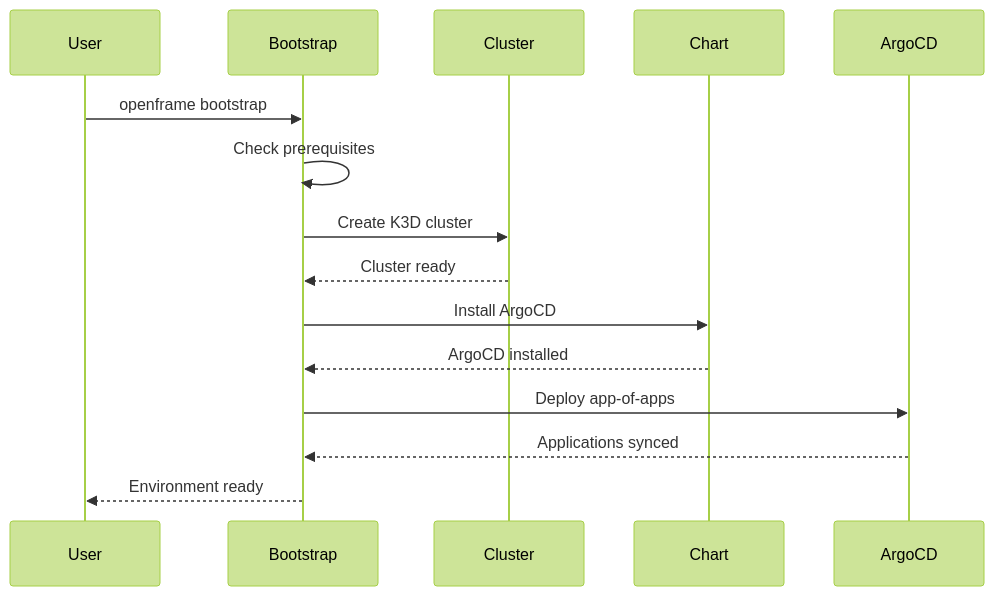
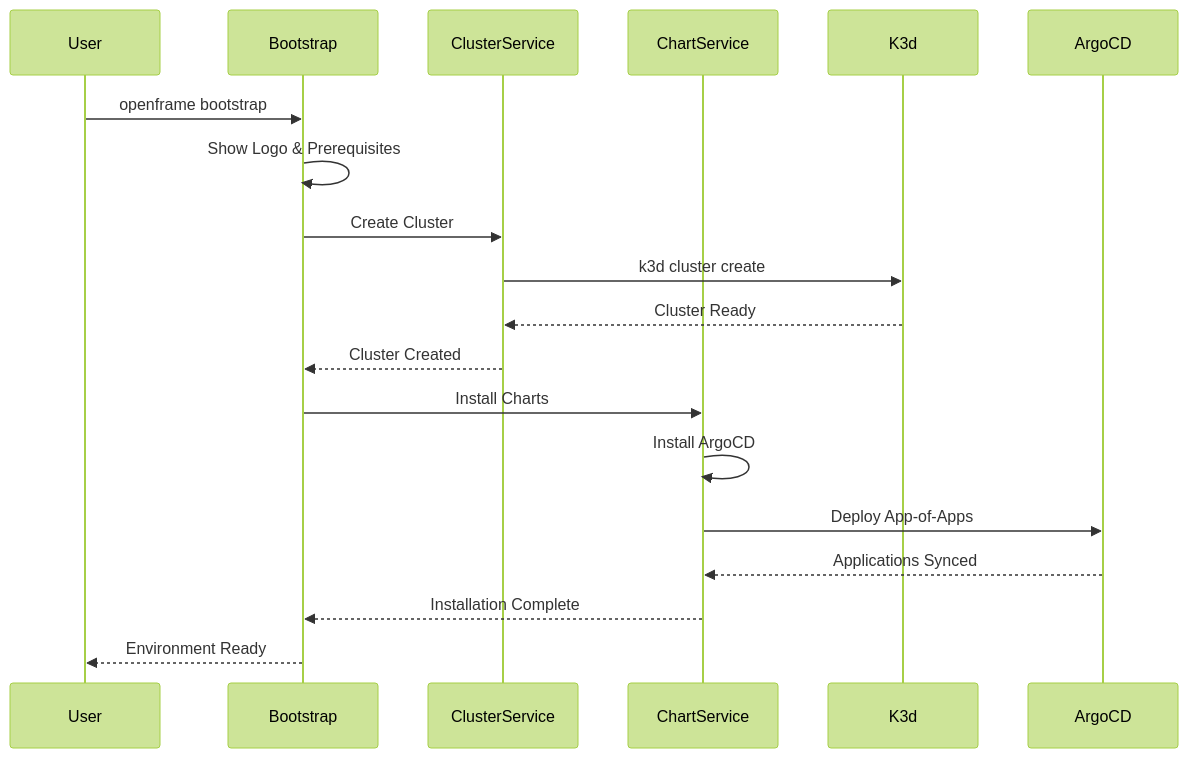
Before and after one commit to flamingo-stack/openframe-cli: the second of 4 diagrams in docs/development/architecture/README.md, drawn with Mermaid (forest theme). The commit also changed other lines of this file and 8 other files, not shown here.

````diff
--- a/docs/development/architecture/README.md
+++ b/docs/development/architecture/README.md
@@ -103,18 +79,25 @@
 ```mermaid
 sequenceDiagram
     participant User
     participant Bootstrap
-    participant Cluster
-    participant Chart
+    participant ClusterService
+    participant ChartService
+    participant K3d
     participant ArgoCD
     
     User->>Bootstrap: openframe bootstrap
-    Bootstrap->>Bootstrap: Check prerequisites
-    Bootstrap->>Cluster: Create K3D cluster
-    Cluster-->>Bootstrap: Cluster ready
-    Bootstrap->>Chart: Install ArgoCD
-    Chart-->>Bootstrap: ArgoCD installed
-    Bootstrap->>ArgoCD: Deploy app-of-apps
-    ArgoCD-->>Bootstrap: Applications synced
-    Bootstrap-->>User: Environment ready
+    Bootstrap->>Bootstrap: Show Logo & Prerequisites
+    Bootstrap->>ClusterService: Create Cluster
+    
+    ClusterService->>K3d: k3d cluster create
+    K3d-->>ClusterService: Cluster Ready
+    ClusterService-->>Bootstrap: Cluster Created
+    
+    Bootstrap->>ChartService: Install Charts
+    ChartService->>ChartService: Install ArgoCD
+    ChartService->>ArgoCD: Deploy App-of-Apps
+    ArgoCD-->>ChartService: Applications Synced
+    ChartService-->>Bootstrap: Installation Complete
+    
+    Bootstrap-->>User: Environment Ready
 ```
````
